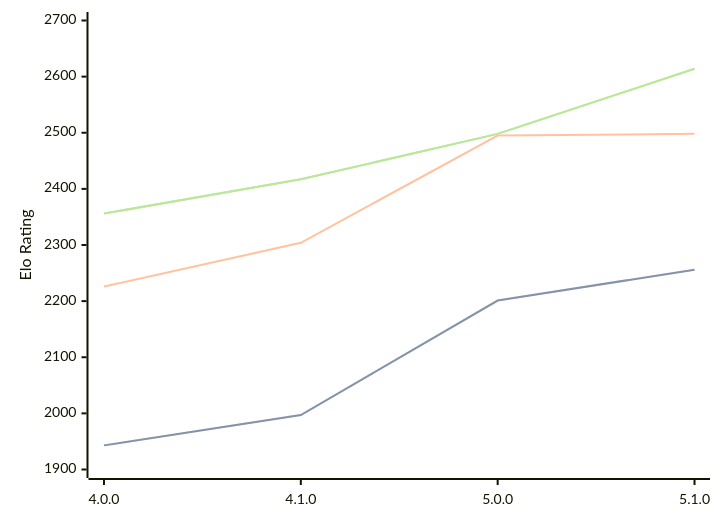
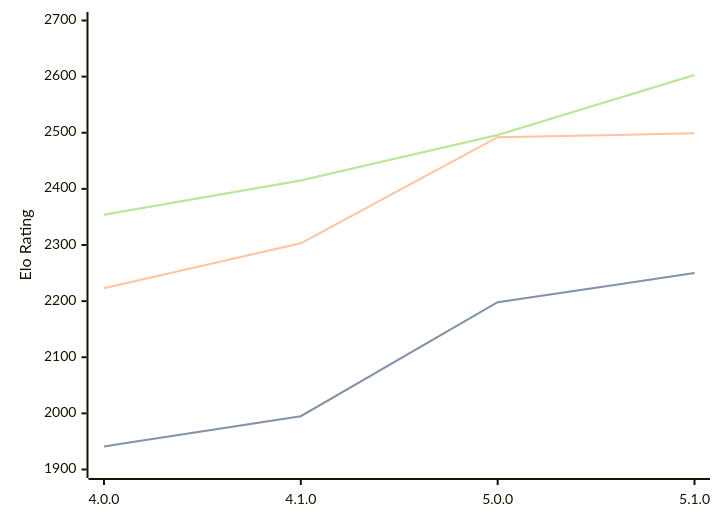
The diagram in engines/Aconcagua.md (computer-chess-index/cci), drawn with Mermaid before and after one commit. The commit also changed other lines of this file, not shown here.

Commit message:
Update CCI Ratings (ELO VLTC) - 2026-03-12

````diff
--- a/engines/Aconcagua.md
+++ b/engines/Aconcagua.md
@@ -41,11 +41,11 @@
 ```mermaid
 %%{init: {"theme":"base","themeVariables":{"seriesColors:['#a3a3a3','#222221','#faa371']}}}%%
 xychart-beta
   x-axis ["4.0.0", "4.1.0", "5.0.0", "5.1.0"]
   y-axis "Elo Rating" 1900 --> 2700
-  line "STC (8.0+0.08s)" [1943, 1997, 2201, 2256]
-  line "STC (8.0+0.08s)" [1943, 1997, 2201, 2256]
-  line "LTC (60.0+0.60s)" [2226, 2304, 2495, 2498]
-  line "VLTC (2m24s+1.12s)" [2356, 2417, 2498, 2614]
-  line "VLTC (2m24s+1.12s)" [2356, 2417, 2498, 2614]
+  line "STC (8.0+0.08s)" [1941, 1995, 2198, 2250]
+  line "STC (8.0+0.08s)" [1941, 1995, 2198, 2250]
+  line "LTC (60.0+0.60s)" [2223, 2303, 2492, 2499]
+  line "VLTC (2m24s+1.12s)" [2354, 2415, 2496, 2603]
+  line "VLTC (2m24s+1.12s)" [2354, 2415, 2496, 2603]
 ```
````
